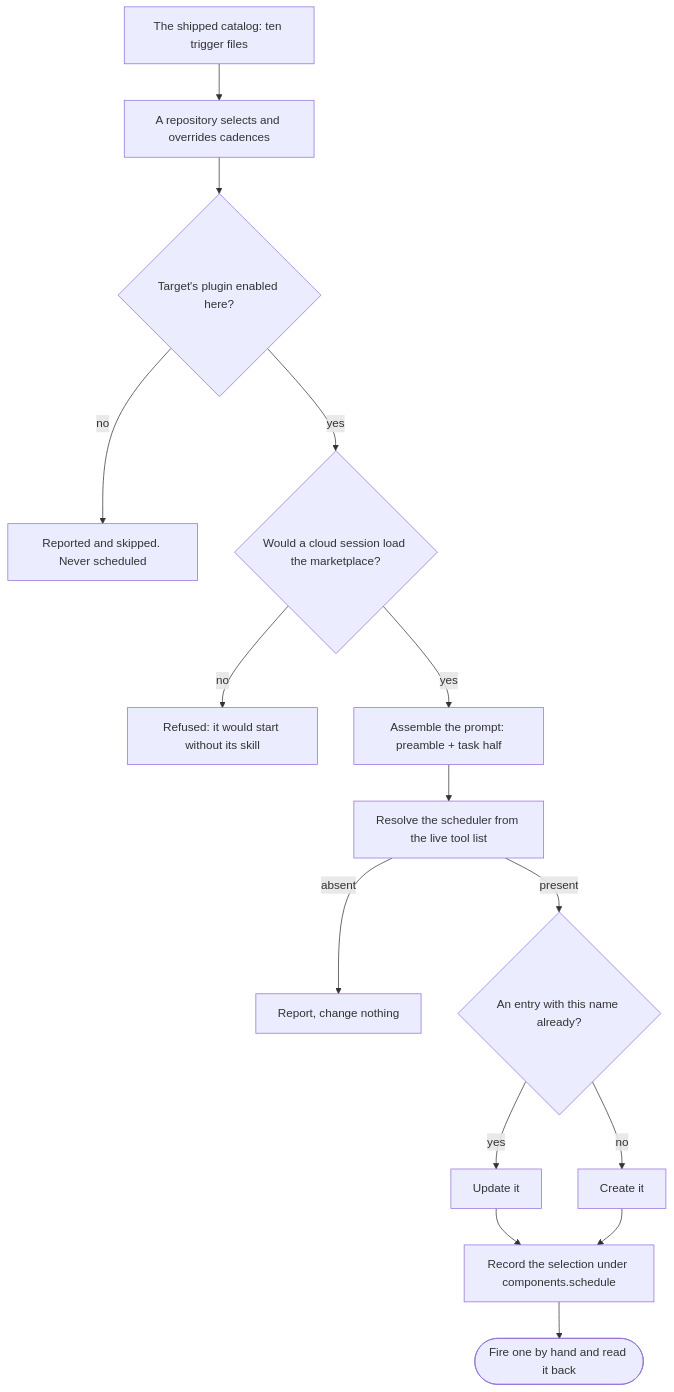
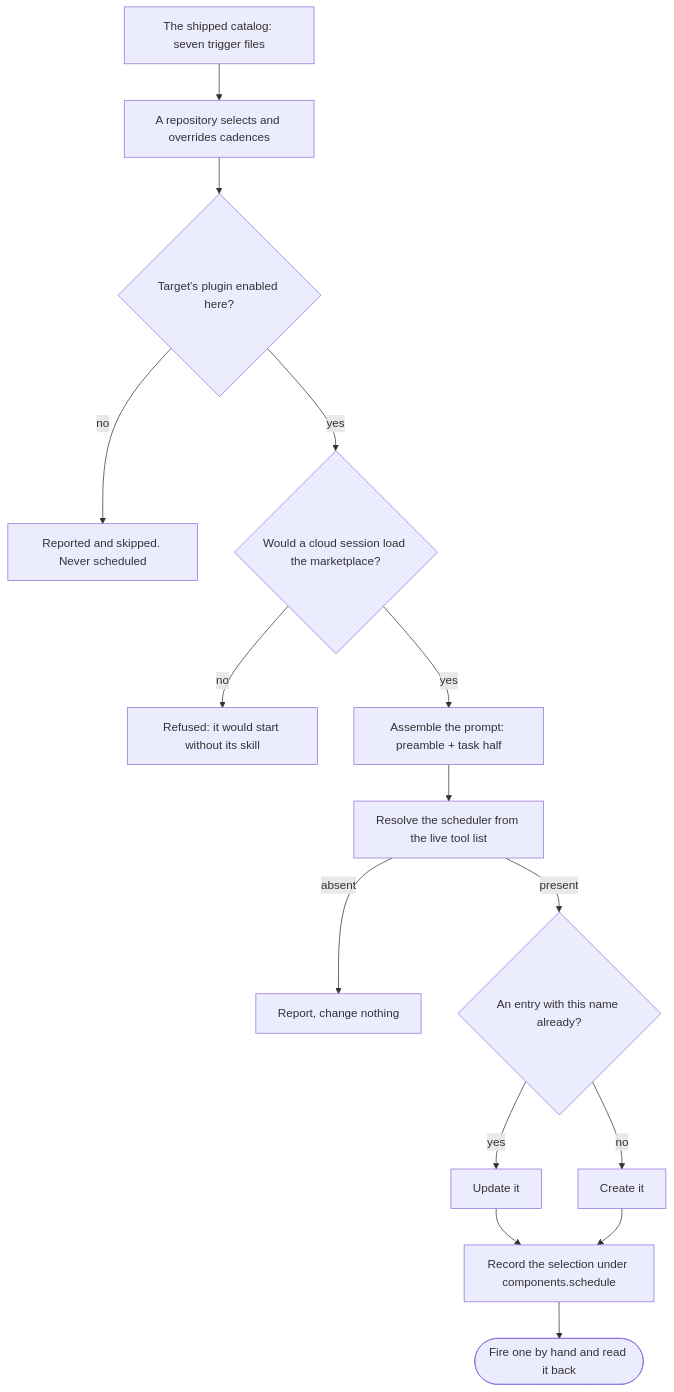
The first of 2 diagrams in .devbook/domain/delivery-schedule/flow.md (JSdotNet/devbook), drawn with Mermaid before and after one commit. The commit also changed 13 other files, not shown here.

````diff
--- a/.devbook/domain/delivery-schedule/flow.md
+++ b/.devbook/domain/delivery-schedule/flow.md
@@ -15,17 +15,17 @@
 ```mermaid
 flowchart TD
-    catalog["The shipped catalog: ten trigger files"] --> select["A repository selects and overrides cadences"]
+    catalog["The shipped catalog: seven trigger files"] --> select["A repository selects and overrides cadences"]
     select --> enabled{"Target's plugin enabled here?"}
     enabled -->|no| skipped["Reported and skipped. Never scheduled"]
     enabled -->|yes| settings{"Would a cloud session load the marketplace?"}
     settings -->|no| refused["Refused: it would start without its skill"]
     settings -->|yes| assemble["Assemble the prompt: preamble + task half"]
     assemble --> resolve["Resolve the scheduler from the live tool list"]
     resolve -->|absent| noop["Report, change nothing"]
     resolve -->|present| match{"An entry with this name already?"}
     match -->|yes| update["Update it"]
     match -->|no| create["Create it"]
     update --> stamp["Record the selection under components.schedule"]
     create --> stamp
     stamp --> prove(["Fire one by hand and read it back"])
 ```
````
